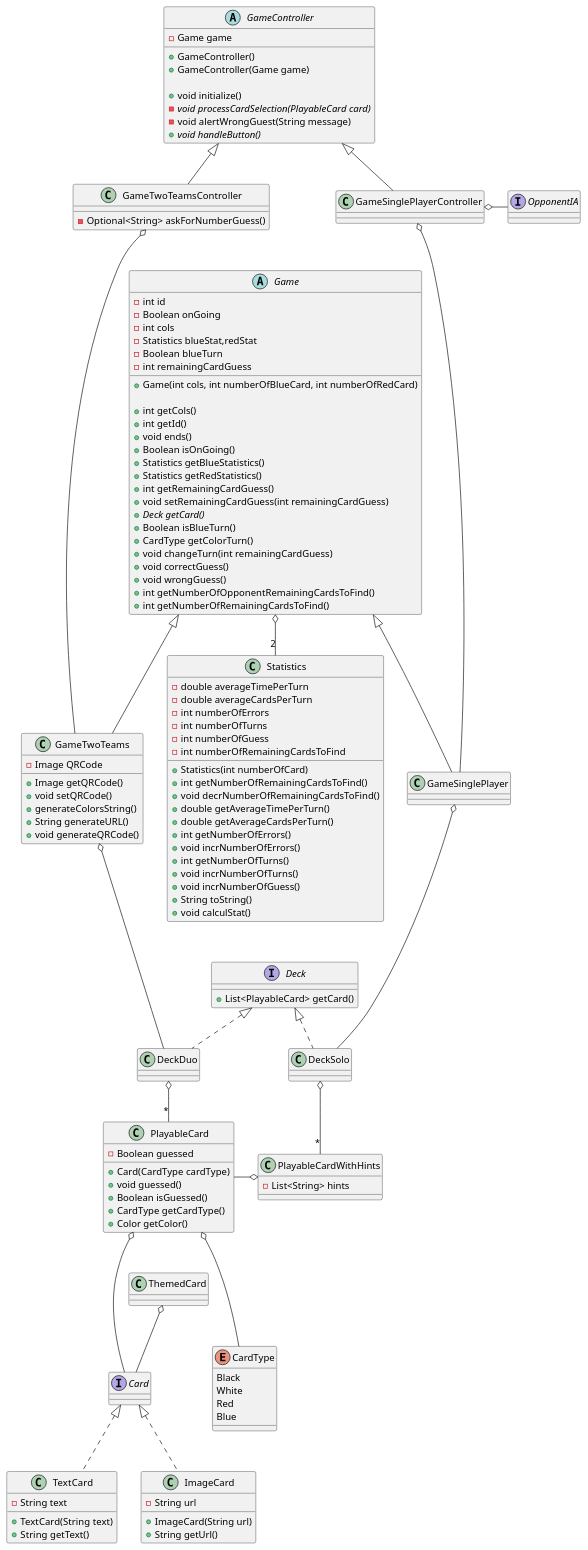
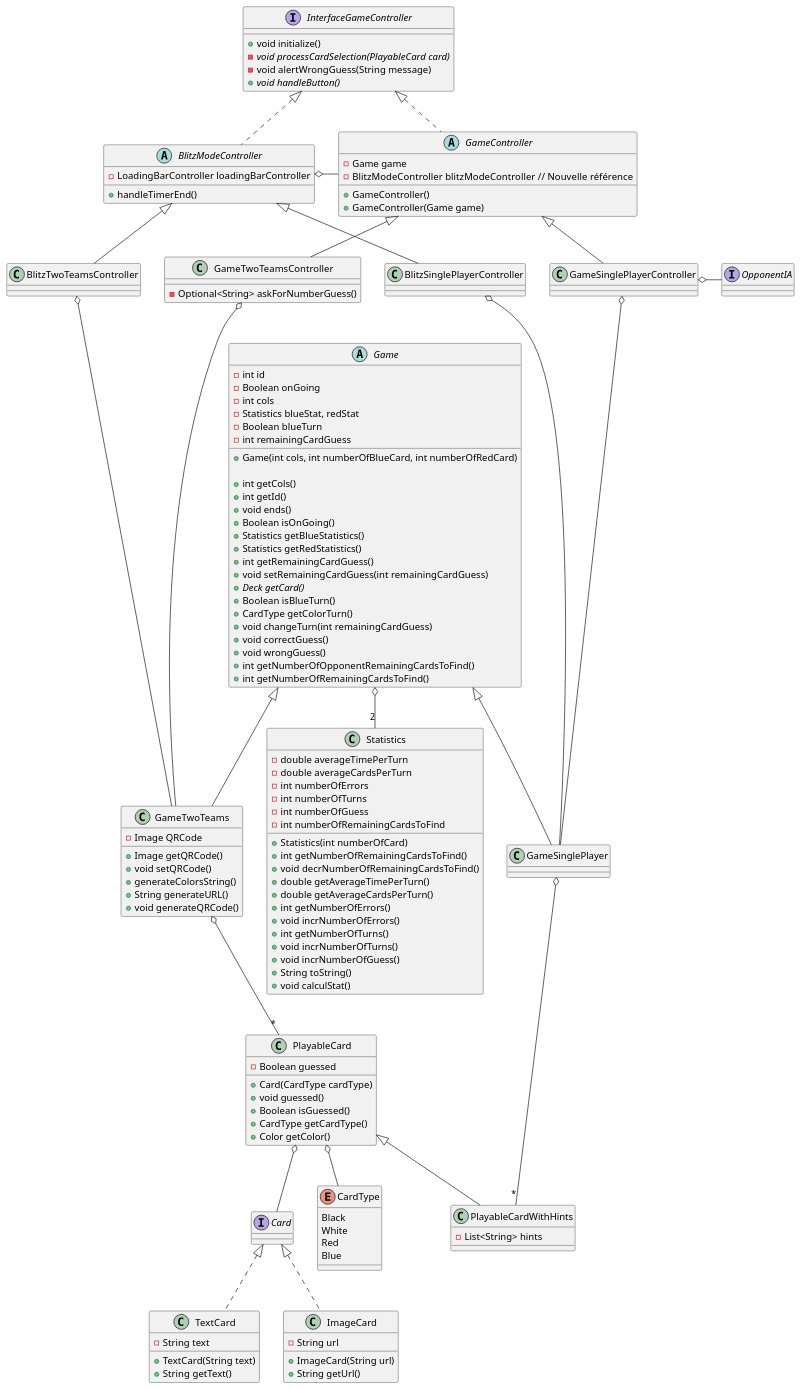
The diagram in classesBis.plantuml (nathanl0204/coding-week), drawn with PlantUML before and after one commit. The commit also changed 15 other files, not shown here.

```diff
--- a/classesBis.plantuml
+++ b/classesBis.plantuml
@@ -1,166 +1,166 @@
 @startuml classes
-
-class ThemedCard
-
-ThemedCard o-- Card
-
 
 interface Card {
     
 }
 
 class TextCard implements Card {
     - String text
 
     + TextCard(String text)
     + String getText()
 }
 
 class ImageCard implements Card {
     - String url
 
     + ImageCard(String url)
     + String getUrl()
 }
 
-class PlayableCard {
+class PlayableCard  {
     - Boolean guessed
 
     + Card(CardType cardType)
     + void guessed()
     + Boolean isGuessed()
     + CardType getCardType()
     + Color getColor()
 }
 
-PlayableCard o--- CardType
-PlayableCard o--- Card
+PlayableCard o-- CardType
+PlayableCard o-- Card
 
 enum CardType {
     Black
     White
     Red
     Blue
 }
 
-interface Deck {
-    + List<PlayableCard> getCard()
-}
+GameTwoTeams o-- "*" PlayableCard
 
-class DeckDuo implements Deck
+GameSinglePlayer o-- "*" PlayableCardWithHints
 
-class DeckSolo implements Deck
 
-DeckDuo o-- "*" PlayableCard
-
-DeckSolo o-- "*" PlayableCardWithHints
-
-PlayableCard -o PlayableCardWithHints
-
-class PlayableCardWithHints {
+class PlayableCardWithHints extends PlayableCard{
     - List<String> hints
 }
 
-abstract class GameController {
+interface InterfaceGameController {
+    + void initialize()
+    - {abstract} void processCardSelection(PlayableCard card)
+    - void alertWrongGuess(String message)
+    + {abstract} void handleButton()
+}
+
+abstract class GameController implements InterfaceGameController {
     - Game game
+    - BlitzModeController blitzModeController  // Nouvelle référence
 
     + GameController()
     + GameController(Game game)
-
-    + void initialize()
-    - {abstract} void processCardSelection(PlayableCard card)
-    - void alertWrongGuest(String message)
-    + {abstract} void handleButton()
 }
 
 class GameSinglePlayerController extends GameController {
-
+    
 }
 
 class GameTwoTeamsController extends GameController {
     - Optional<String> askForNumberGuess()
 }
 
+abstract class BlitzModeController implements InterfaceGameController {
+    - LoadingBarController loadingBarController
+
+    + handleTimerEnd()
+}
+
+BlitzModeController o- GameController
+
+class BlitzSinglePlayerController extends BlitzModeController {
+    
+}
+
+BlitzSinglePlayerController o--- GameSinglePlayer
+
+class BlitzTwoTeamsController extends BlitzModeController {
+
+}
+
+BlitzTwoTeamsController o--- GameTwoTeams
+
 abstract class Game {
     - int id
     - Boolean onGoing
     - int cols
-    - Statistics blueStat,redStat
+    - Statistics blueStat, redStat
     - Boolean blueTurn
     - int remainingCardGuess
     
     + Game(int cols, int numberOfBlueCard, int numberOfRedCard)
 
     + int getCols()
     + int getId()
     + void ends()
     + Boolean isOnGoing()
     + Statistics getBlueStatistics()
     + Statistics getRedStatistics()
     + int getRemainingCardGuess()
     + void setRemainingCardGuess(int remainingCardGuess)
     + {abstract} Deck getCard()
     + Boolean isBlueTurn()
     + CardType getColorTurn()
     + void changeTurn(int remainingCardGuess)
     + void correctGuess()
     + void wrongGuess()
     + int getNumberOfOpponentRemainingCardsToFind()
     + int getNumberOfRemainingCardsToFind()
-
 }
 
 class GameTwoTeams extends Game {
     - Image QRCode
 
     + Image getQRCode()
     + void setQRCode()
     + generateColorsString()
     + String generateURL()
     + void generateQRCode()
 }
 
 class GameSinglePlayer extends Game {
-
 }
 
 GameTwoTeamsController o--- GameTwoTeams
 
 GameSinglePlayerController o- OpponentIA
 
 interface OpponentIA
 
 GameSinglePlayerController o--- GameSinglePlayer
-
-GameSinglePlayer o--- DeckSolo
-
-GameTwoTeams o--- DeckDuo
 
 Game o-- "2" Statistics
 
 class Statistics {
     - double averageTimePerTurn
     - double averageCardsPerTurn
     - int numberOfErrors
     - int numberOfTurns
     - int numberOfGuess
     - int numberOfRemainingCardsToFind
 
     + Statistics(int numberOfCard)
     + int getNumberOfRemainingCardsToFind()
     + void decrNumberOfRemainingCardsToFind()
     + double getAverageTimePerTurn()
     + double getAverageCardsPerTurn()
     + int getNumberOfErrors()
     + void incrNumberOfErrors()
     + int getNumberOfTurns()
     + void incrNumberOfTurns()
     + void incrNumberOfGuess()
     + String toString() 
     + void calculStat()
-
 }
 
-
-
 @enduml
```
